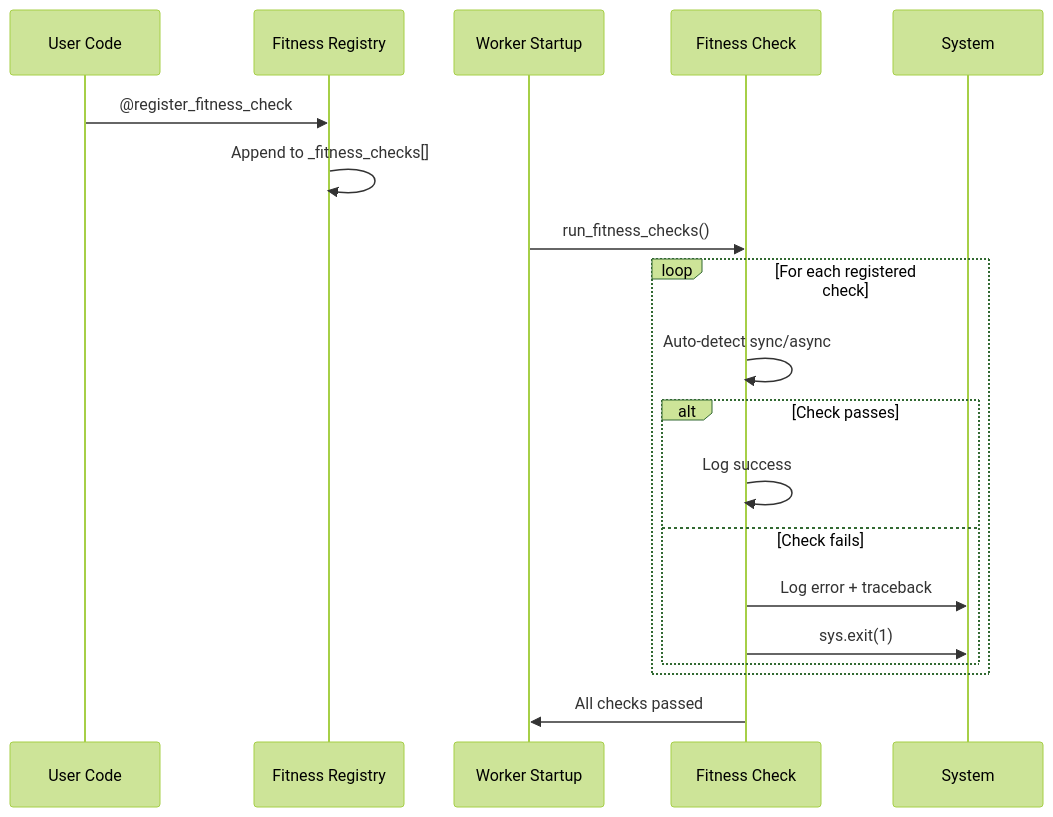
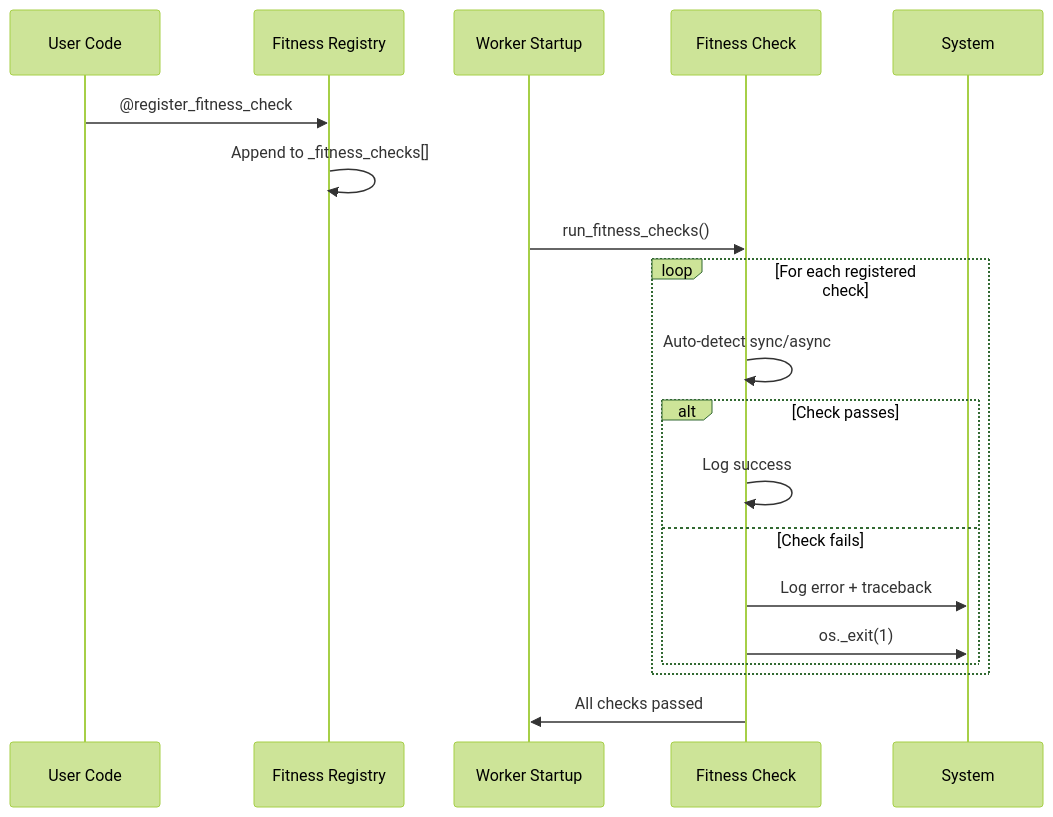
Before and after one commit to runpod/runpod-python: the eighth of 10 diagrams in ARCHITECTURE.md, drawn with Mermaid (forest theme). The commit also changed other lines of this file and 4 other files, not shown here.

````diff
--- a/ARCHITECTURE.md
+++ b/ARCHITECTURE.md
@@ -749,25 +749,25 @@
 ```mermaid
 sequenceDiagram
     participant USER as User Code
     participant REG as Fitness Registry
     participant WORKER as Worker Startup
     participant CHECK as Fitness Check
     participant SYS as System
 
     USER->>REG: @register_fitness_check
     REG->>REG: Append to _fitness_checks[]
 
     WORKER->>CHECK: run_fitness_checks()
 
     loop For each registered check
         CHECK->>CHECK: Auto-detect sync/async
         alt Check passes
             CHECK->>CHECK: Log success
         else Check fails
             CHECK->>SYS: Log error + traceback
-            CHECK->>SYS: sys.exit(1)
+            CHECK->>SYS: os._exit(1)
         end
     end
 
     CHECK->>WORKER: All checks passed
 ```
````
